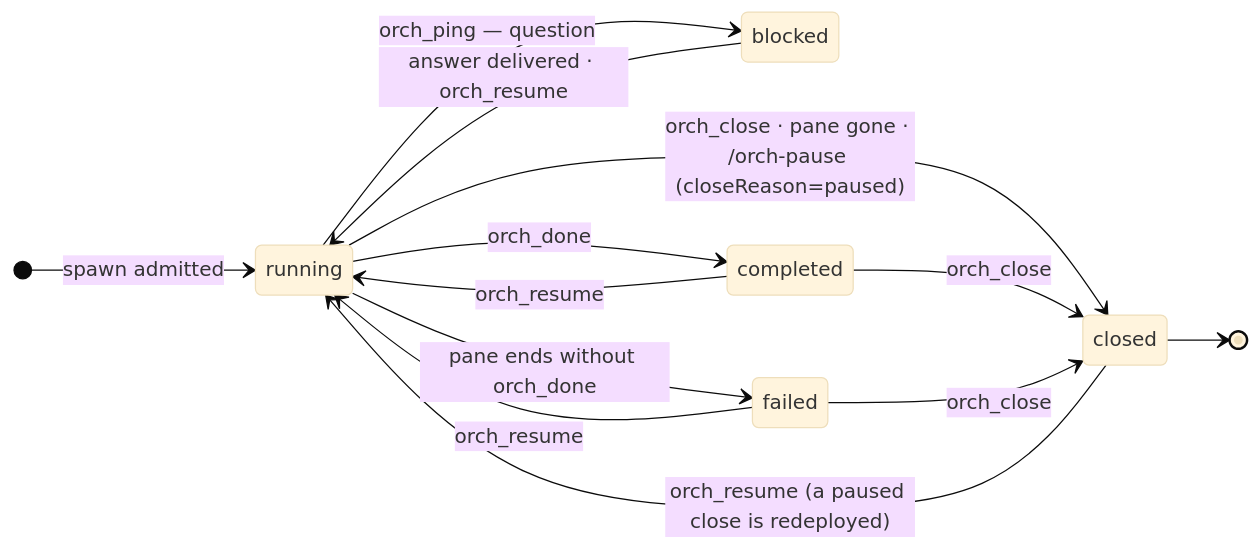
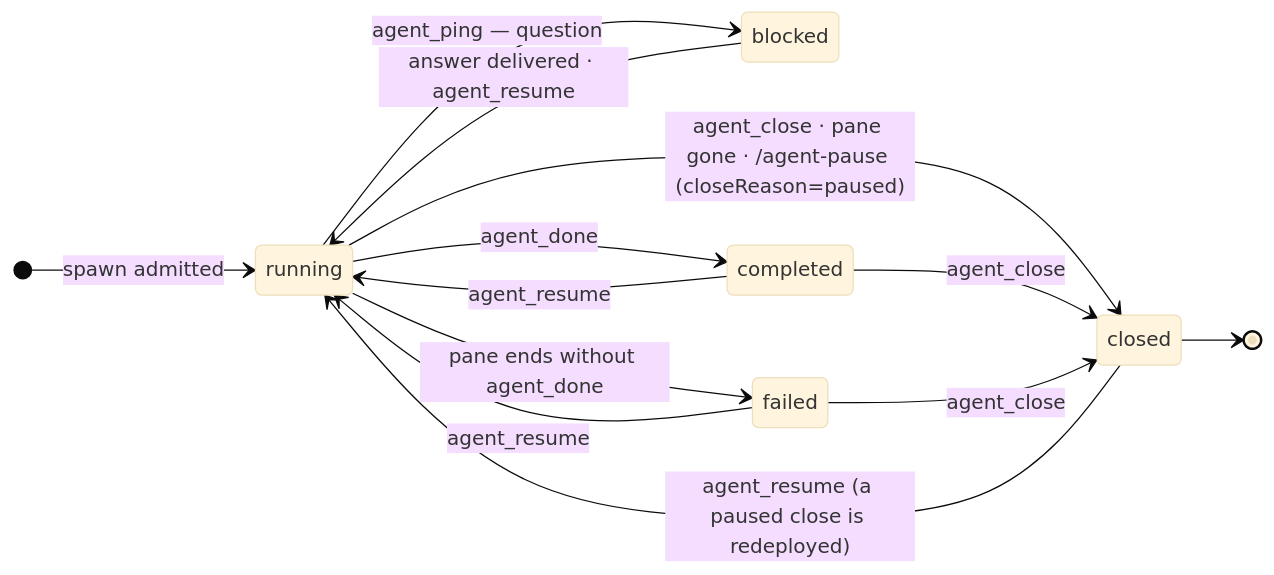
Before and after one commit to 0xfzz/my-pi-setup: the third of 3 diagrams in docs/orchestrator.md, drawn with Mermaid (base theme). The commit also changed other lines of this file and 62 other files, not shown here.

First line of the commit message:
refactor(agents): rename the orch_* namespace to agent_*

````diff
--- a/docs/orchestrator.md
+++ b/docs/orchestrator.md
@@ -107,16 +107,16 @@
 ```mermaid
 stateDiagram-v2
     direction LR
     [*] --> running: spawn admitted
-    running --> blocked: orch_ping — question
-    blocked --> running: answer delivered · orch_resume
-    running --> completed: orch_done
-    running --> failed: pane ends without orch_done
-    running --> closed: orch_close · pane gone · /orch-pause (closeReason=paused)
-    completed --> running: orch_resume
-    failed --> running: orch_resume
-    completed --> closed: orch_close
-    failed --> closed: orch_close
-    closed --> running: orch_resume (a paused close is redeployed)
+    running --> blocked: agent_ping — question
+    blocked --> running: answer delivered · agent_resume
+    running --> completed: agent_done
+    running --> failed: pane ends without agent_done
+    running --> closed: agent_close · pane gone · /agent-pause (closeReason=paused)
+    completed --> running: agent_resume
+    failed --> running: agent_resume
+    completed --> closed: agent_close
+    failed --> closed: agent_close
+    closed --> running: agent_resume (a paused close is redeployed)
     closed --> [*]
 ```
````
